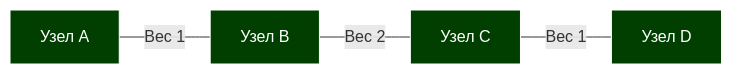
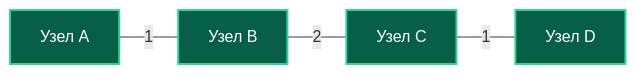
The second of 2 diagrams in sources/20. Алгоритмы и структуры данных (DSA) на Go/11. Графы/8. Минимальное остовное дерево. Алгоритм Крускала.md (UnrealTemplier/go-textbook), drawn with Mermaid before and after one commit. The commit also changed other lines of this file, not shown here.

Commit message:
feat(module-20): editorial rewrite of 11.8 Kruskal MST in Kernighan style

````diff
--- a/sources/20. Алгоритмы и структуры данных (DSA) на Go/11. Графы/8. Минимальное остовное дерево. Алгоритм Крускала.md
+++ b/sources/20. Алгоритмы и структуры данных (DSA) на Go/11. Графы/8. Минимальное остовное дерево. Алгоритм Крускала.md
@@ -35,11 +31,9 @@
 ```mermaid
 flowchart LR
-    A["Узел A"] ---|"Вес 1"| B["Узел B"]
-    B ---|"Вес 2"| C["Узел C"]
-    C ---|"Вес 1"| D["Узел D"]
-    
-    style A fill:#003f00,stroke:#fff,color:#fff
-    style B fill:#003f00,stroke:#fff,color:#fff
-    style C fill:#003f00,stroke:#fff,color:#fff
-    style D fill:#003f00,stroke:#fff,color:#fff
+    A2["Узел A"] ---|"1"| B2["Узел B"]
+    B2 ---|"2"| C2["Узел C"]
+    C2 ---|"1"| D2["Узел D"]
+
+    classDef mstNode fill:#065f46,stroke:#34d399,stroke-width:2px,color:#ffffff;
+    class A2,B2,C2,D2 mstNode;
 ```
````
